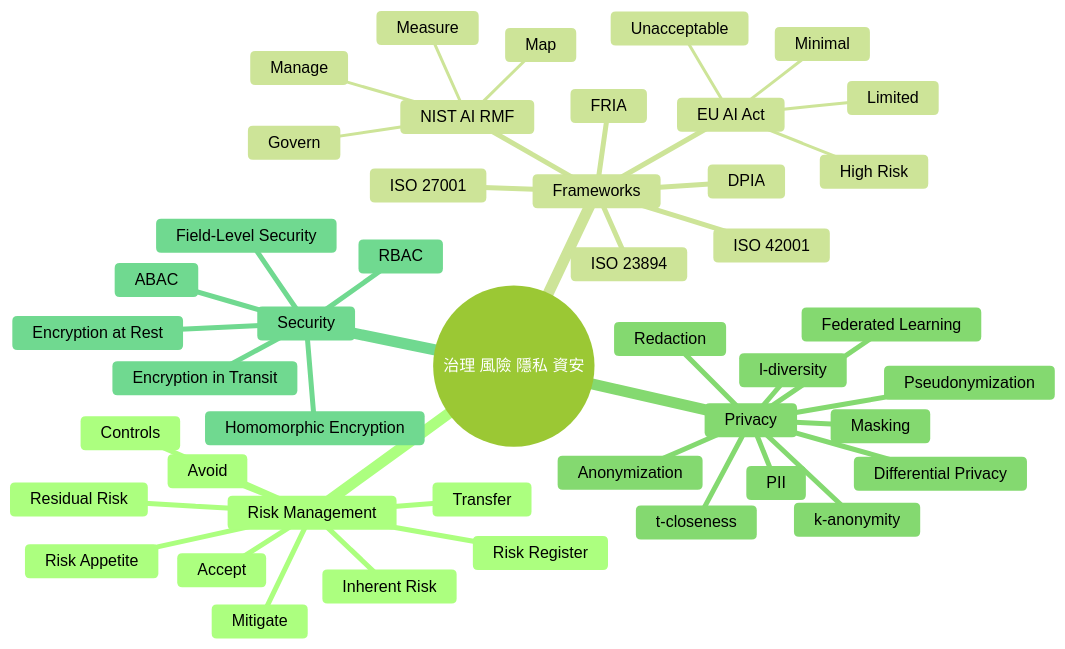
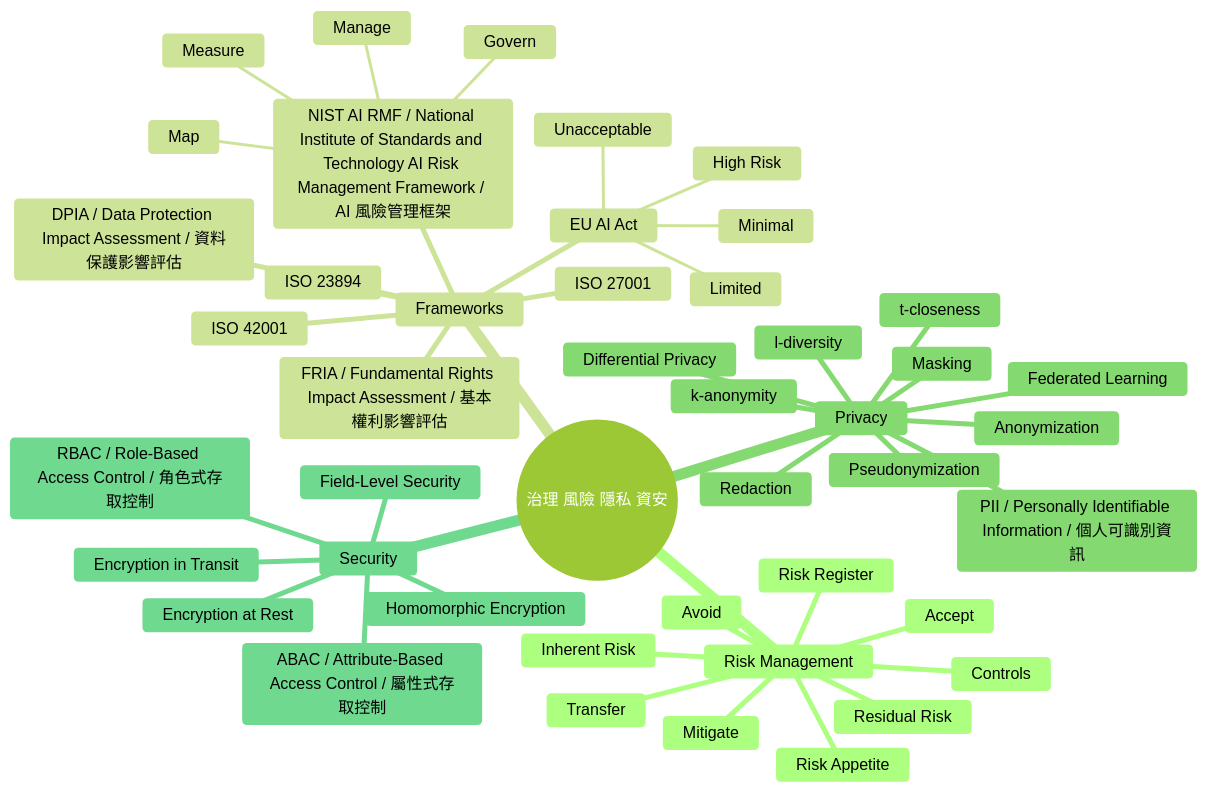
The ninth of 10 diagrams in content/ipas/ipas-ai-mindmap.md (douglas168/levelcert), drawn with Mermaid (forest theme) before and after one commit. The commit also changed other lines of this file and 127 other files, not shown here.

````diff
--- a/content/ipas/ipas-ai-mindmap.md
+++ b/content/ipas/ipas-ai-mindmap.md
@@ -424,48 +424,48 @@
 ```mermaid
 mindmap
   root((治理 風險 隱私 資安))
     Risk Management
       Risk Register
       Inherent Risk
       Controls
       Residual Risk
       Risk Appetite
       Mitigate
       Transfer
       Accept
       Avoid
     Frameworks
       EU AI Act
         Unacceptable
         High Risk
         Limited
         Minimal
-      NIST AI RMF
+      NIST AI RMF / National Institute of Standards and Technology AI Risk Management Framework / AI 風險管理框架
         Govern
         Map
         Measure
         Manage
       ISO 42001
       ISO 23894
       ISO 27001
-      DPIA
-      FRIA
+      DPIA / Data Protection Impact Assessment / 資料保護影響評估
+      FRIA / Fundamental Rights Impact Assessment / 基本權利影響評估
     Privacy
-      PII
+      PII / Personally Identifiable Information / 個人可識別資訊
       Masking
       Redaction
       Pseudonymization
       Anonymization
       k-anonymity
       l-diversity
       t-closeness
       Differential Privacy
       Federated Learning
     Security
       Encryption at Rest
       Encryption in Transit
       Homomorphic Encryption
-      RBAC
-      ABAC
+      RBAC / Role-Based Access Control / 角色式存取控制
+      ABAC / Attribute-Based Access Control / 屬性式存取控制
       Field-Level Security
 ```
````
